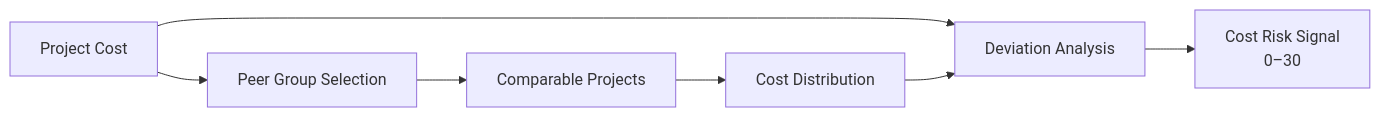
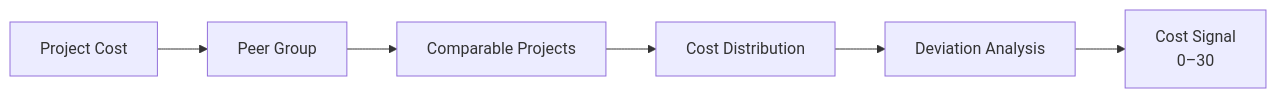
One commit to the-nidhi-bhat/mplads-sentinel changed the third of 19 diagrams in README.md. Above: the diagram before and after it, drawn with Mermaid. The commit also changed other lines of this file, not shown here.

````diff
--- a/README.md
+++ b/README.md
@@ -272,16 +171,9 @@
 ```mermaid
 flowchart LR
-
     A["Project Cost"]
-    --> B["Peer Group Selection"]
-
-    B --> C["Comparable Projects"]
-
-    C --> D["Cost Distribution"]
-
-    A --> E["Deviation Analysis"]
-
-    D --> E
-
-    E --> F["Cost Risk Signal<br/>0–30"]
+    --> B["Peer Group"]
+    --> C["Comparable Projects"]
+    --> D["Cost Distribution"]
+    --> E["Deviation Analysis"]
+    --> F["Cost Signal<br/>0–30"]
 ```
````
